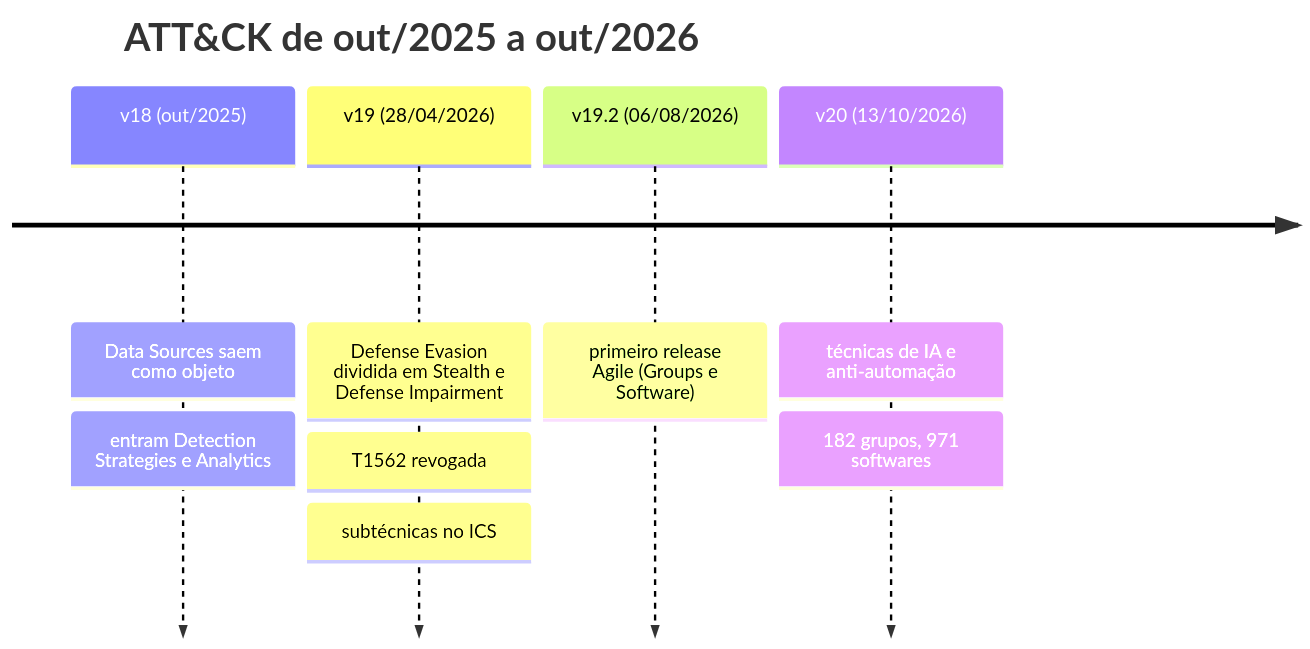
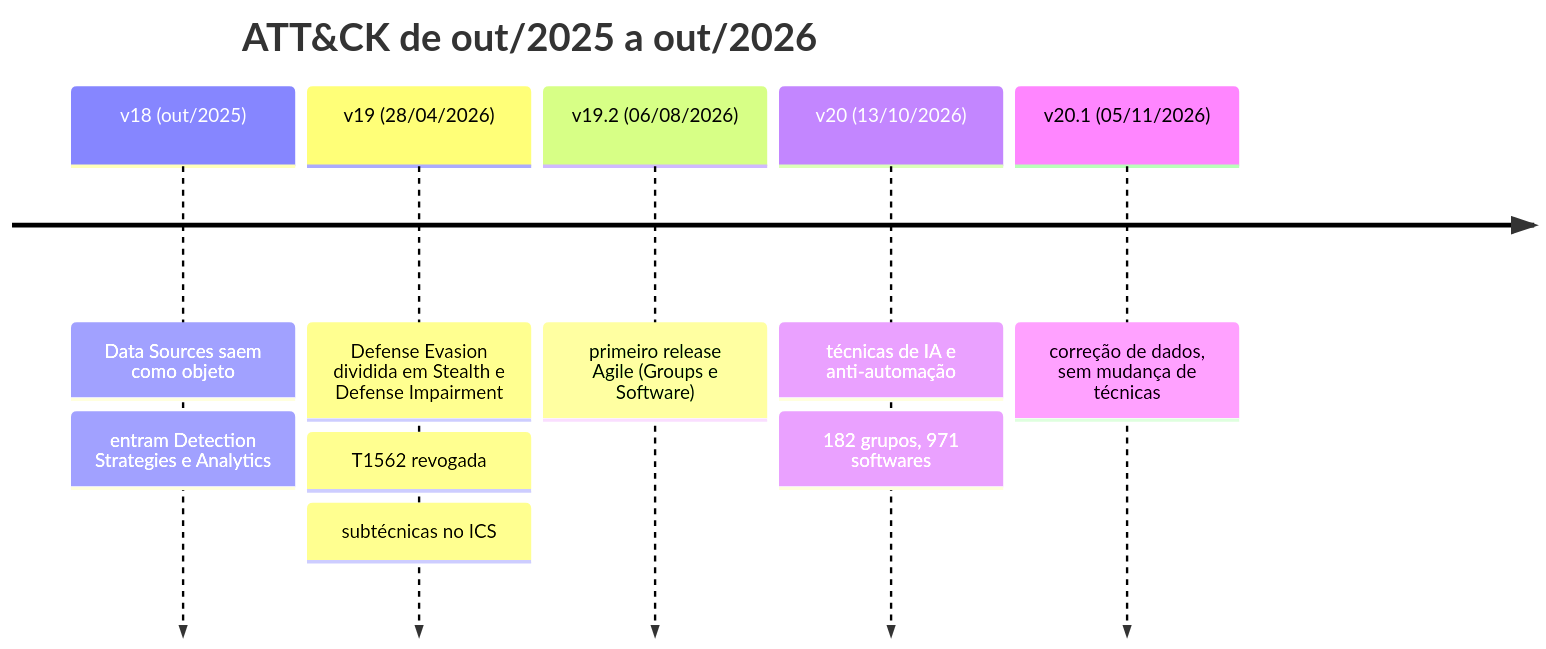
Before and after one commit to Ridd1kulusC0d3r/MITRE: the diagram in docs/novidades-2026.md, drawn with Mermaid. The commit also changed other lines of this file and 17 other files, not shown here.

````diff
--- a/docs/novidades-2026.md
+++ b/docs/novidades-2026.md
@@ -13,8 +13,9 @@
 ```mermaid
 timeline
     title ATT&CK de out/2025 a out/2026
     v18 (out/2025) : Data Sources saem como objeto : entram Detection Strategies e Analytics
     v19 (28/04/2026) : Defense Evasion dividida em Stealth e Defense Impairment : T1562 revogada : subtécnicas no ICS
     v19.2 (06/08/2026) : primeiro release Agile (Groups e Software)
     v20 (13/10/2026) : técnicas de IA e anti-automação : 182 grupos, 971 softwares
+    v20.1 (05/11/2026) : correção de dados, sem mudança de técnicas
 ```
````
